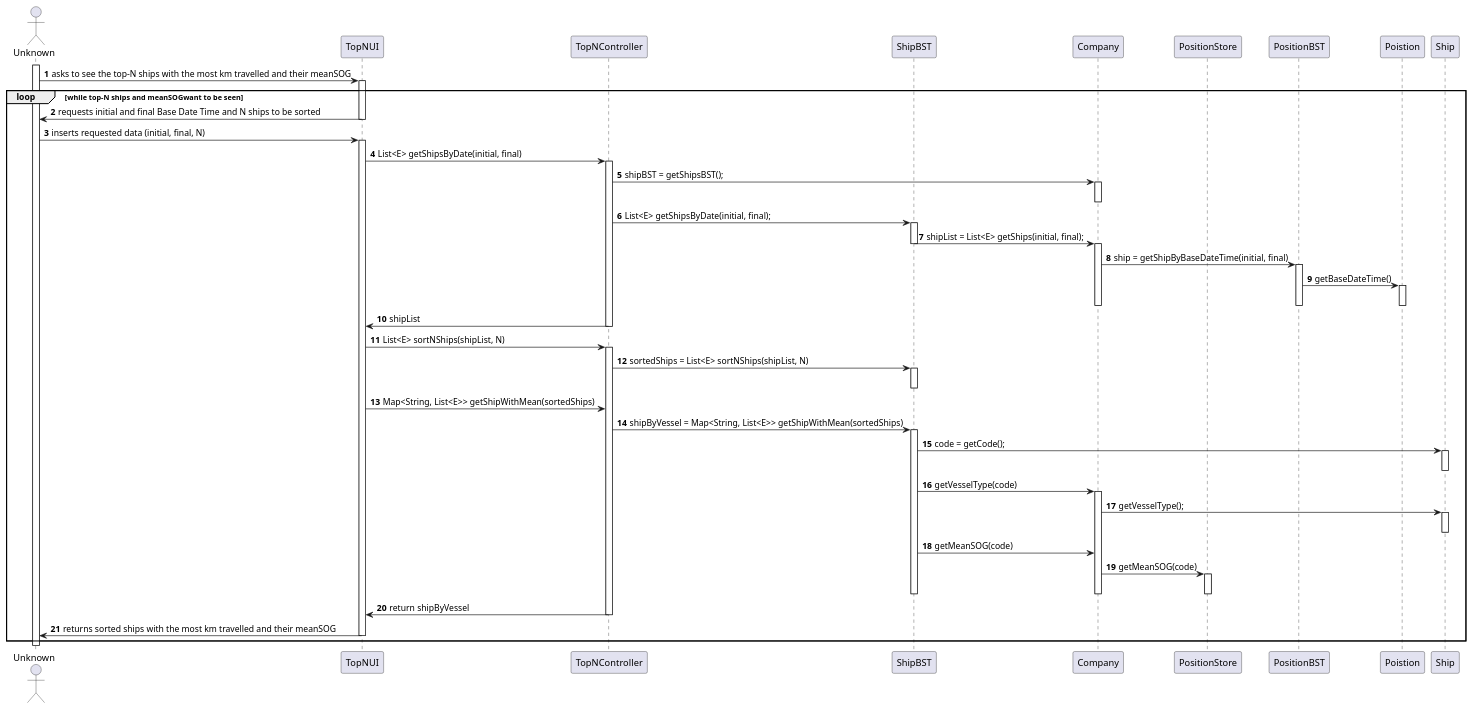
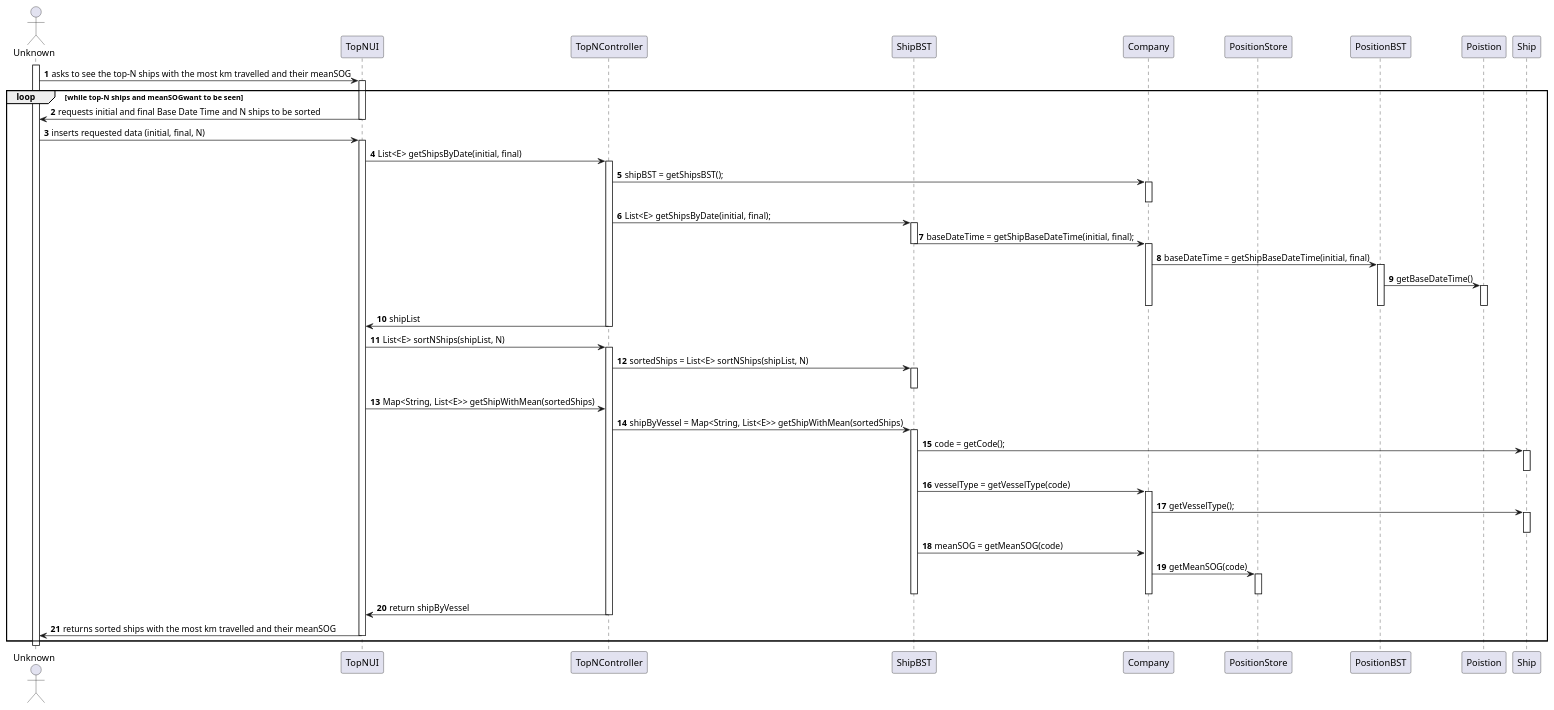
The diagram in docs/US106/US106_SD.puml (ana-albergaria/LAPR3-ISEP), drawn with PlantUML before and after one commit. The commit also changed 3 other files, not shown here.

```diff
--- a/docs/US106/US106_SD.puml
+++ b/docs/US106/US106_SD.puml
@@ -1,73 +1,73 @@
 @startuml
 autonumber
 'hide footbox
 actor "Unknown" as ADM
 
 participant "TopNUI" as UI
 participant "TopNController" as CTRL
 participant "ShipBST" as STORE
 participant "Company" as COMP
 participant "PositionStore" as POSITION
 participant "PositionBST" as BST
 participant "Poistion" as POS
 participant "Ship" as SHIP
 
 
 activate ADM
 ADM -> UI : asks to see the top-N ships with the most km travelled and their meanSOG
 activate UI
 loop while top-N ships and meanSOGwant to be seen
 UI -> ADM : requests initial and final Base Date Time and N ships to be sorted
 deactivate UI
 
 ADM -> UI : inserts requested data (initial, final, N)
 activate UI
 UI -> CTRL : List<E> getShipsByDate(initial, final)
 activate CTRL
 CTRL -> COMP : shipBST = getShipsBST();
 activate COMP
 deactivate COMP
 CTRL -> STORE : List<E> getShipsByDate(initial, final);
 activate STORE
-STORE -> COMP : shipList = List<E> getShips(initial, final);
+STORE -> COMP : baseDateTime = getShipBaseDateTime(initial, final);
 deactivate STORE
 activate COMP
-COMP -> BST : ship = getShipByBaseDateTime(initial, final)
+COMP -> BST : baseDateTime = getShipBaseDateTime(initial, final)
 activate BST
 BST -> POS : getBaseDateTime()
 activate POS
 deactivate POS
 deactivate BST
 deactivate COMP
 CTRL -> UI : shipList
 deactivate CTRL
 
 UI -> CTRL : List<E> sortNShips(shipList, N)
 activate CTRL
 CTRL -> STORE : sortedShips = List<E> sortNShips(shipList, N)
 activate STORE
 deactivate STORE
 UI -> CTRL : Map<String, List<E>> getShipWithMean(sortedShips)
 CTRL -> STORE : shipByVessel = Map<String, List<E>> getShipWithMean(sortedShips)
 activate STORE
 STORE -> SHIP : code = getCode();
 activate SHIP
 deactivate SHIP
-STORE -> COMP : getVesselType(code)
+STORE -> COMP : vesselType = getVesselType(code)
 activate COMP
 COMP -> SHIP : getVesselType();
 activate SHIP
 deactivate SHIP
-STORE -> COMP : getMeanSOG(code)
+STORE -> COMP : meanSOG = getMeanSOG(code)
 COMP -> POSITION : getMeanSOG(code)
 activate POSITION
 deactivate POSITION
 deactivate COMP
 deactivate STORE
 CTRL -> UI : return shipByVessel
 deactivate CTRL
 UI -> ADM : returns sorted ships with the most km travelled and their meanSOG
 deactivate UI
 end
 deactivate ADM
 @enduml
```
